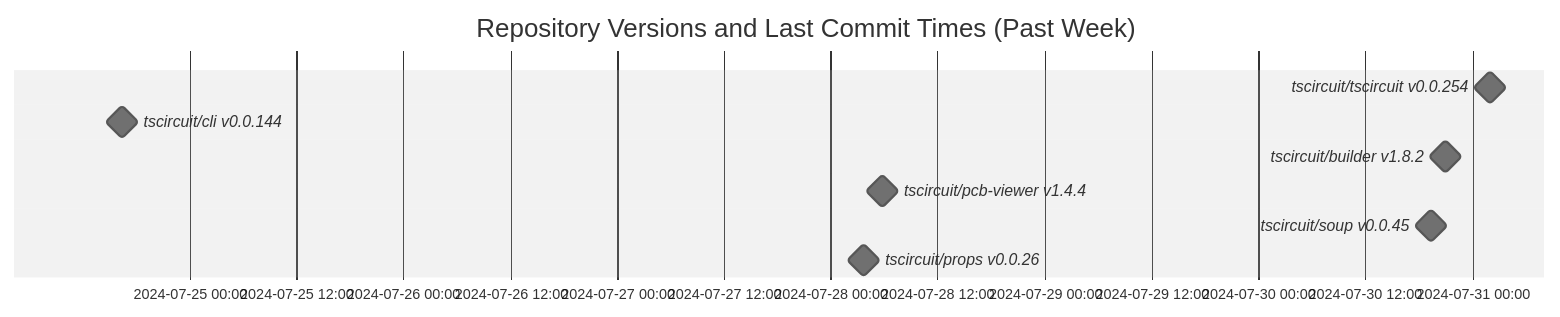
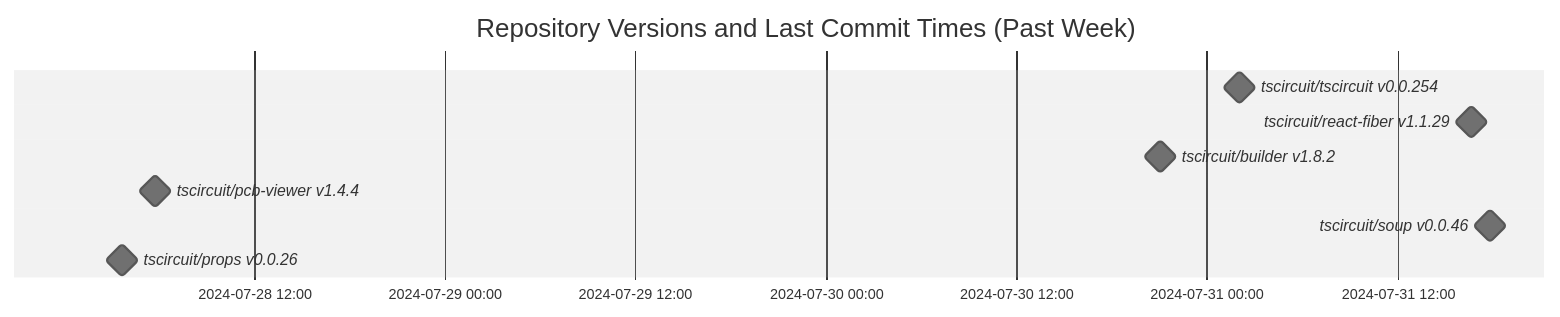
Before and after one commit to tscircuit/version-tracker: the diagram in README.md, drawn with Mermaid (neutral theme).

Commit message:
Update chart

````diff
--- a/README.md
+++ b/README.md
@@ -1,13 +1,13 @@
 ```mermaid
 gantt
   dateFormat  YYYY-MM-DD HH:mm:ss
   title Repository Versions and Last Commit Times (Past Week)
   axisFormat %Y-%m-%d %H:%M
 
   tscircuit/tscircuit v0.0.254 : milestone, 2024-07-31 02:00:36, 1s
-  tscircuit/cli v0.0.144 : milestone, 2024-07-24 16:24:13, 1s
+  tscircuit/react-fiber v1.1.29 : milestone, 2024-07-31 16:35:17, 1s
   tscircuit/builder v1.8.2 : milestone, 2024-07-30 21:04:30, 1s
   tscircuit/pcb-viewer v1.4.4 : milestone, 2024-07-28 05:46:25, 1s
-  tscircuit/soup v0.0.45 : milestone, 2024-07-30 19:26:24, 1s
+  tscircuit/soup v0.0.46 : milestone, 2024-07-31 17:48:38, 1s
   tscircuit/props v0.0.26 : milestone, 2024-07-28 03:42:14, 1s
 ```
````
